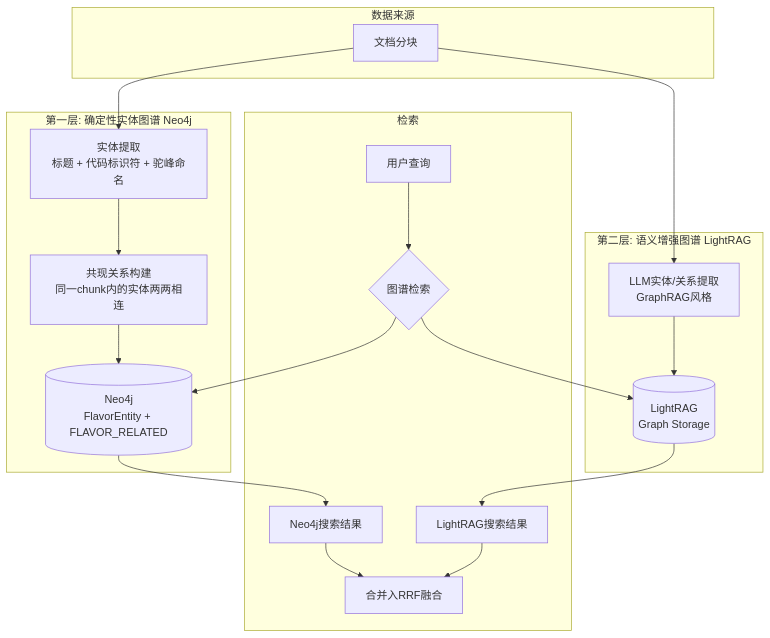
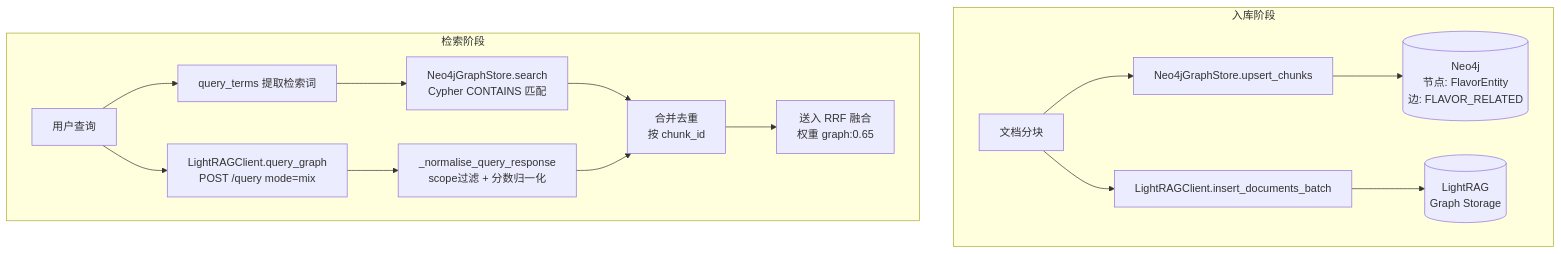
One commit to YachuanWzh/flavor-rag changed the seventh of 9 diagrams in 技术方案文档.md. Above: the diagram before and after it, drawn with Mermaid. The commit also changed other lines of this file, not shown here.

First line of the commit message:
feat(graph): 完善双层图谱架构设计与实现细节

````diff
--- a/技术方案文档.md
+++ b/技术方案文档.md
@@ -594,30 +599,19 @@
 ```mermaid
-flowchart TD
-    subgraph 数据来源
-        A[文档分块]
+flowchart TB
+    subgraph 入库阶段
+        DOC["文档分块"] --> NEO["Neo4jGraphStore.upsert_chunks"]
+        DOC --> LRG["LightRAGClient.insert_documents_batch"]
+        NEO --> NEO_DB[("Neo4j<br/>节点: FlavorEntity<br/>边: FLAVOR_RELATED")]
+        LRG --> LRG_DB[("LightRAG<br/>Graph Storage")]
     end
 
-    subgraph Layer1 [第一层: 确定性实体图谱 Neo4j]
-        B[实体提取<br/>标题 + 代码标识符 + 驼峰命名]
-        B --> C[共现关系构建<br/>同一chunk内的实体两两相连]
-        C --> D[(Neo4j<br/>FlavorEntity + FLAVOR_RELATED)]
+    subgraph 检索阶段
+        Q["用户查询"] --> TERMS["query_terms 提取检索词"]
+        TERMS --> NEO_Q["Neo4jGraphStore.search<br/>Cypher CONTAINS 匹配"]
+        Q --> LRG_Q["LightRAGClient.query_graph<br/>POST /query mode=mix"]
+        NEO_Q --> MERGE["合并去重<br/>按 chunk_id"]
+        LRG_Q --> NORM["_normalise_query_response<br/>scope过滤 + 分数归一化"]
+        NORM --> MERGE
+        MERGE --> RRF["送入 RRF 融合<br/>权重 graph:0.65"]
     end
-
-    subgraph Layer2 [第二层: 语义增强图谱 LightRAG]
-        E[LLM实体/关系提取<br/>GraphRAG风格]
-        E --> F[(LightRAG<br/>Graph Storage)]
-    end
-
-    subgraph 检索
-        G[用户查询]
-        G --> H{图谱检索}
-        H --> D
-        H --> F
-        D --> I[Neo4j搜索结果]
-        F --> J[LightRAG搜索结果]
-        I & J --> K[合并入RRF融合]
-    end
-
-    A --> B
-    A --> E
 ```
````
